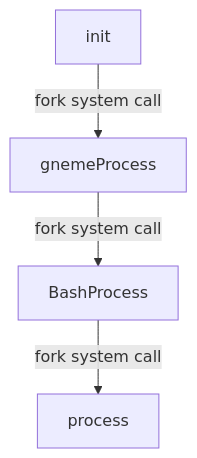
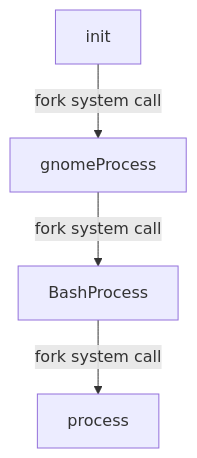
Before and after one commit to virtual-tech-school/virtual-tech-notes: the first of 4 diagrams in linux-masterclass/05-processes/README.md, drawn with Mermaid. The commit also changed other lines of this file and 7 other files, not shown here.

````diff
--- a/linux-masterclass/05-processes/README.md
+++ b/linux-masterclass/05-processes/README.md
@@ -19,6 +19,6 @@
 ```mermaid
 graph TD;
-    init-->|fork system call|gnemeProcess
-    gnemeProcess-->|fork system call|BashProcess;
+    init-->|fork system call|gnomeProcess
+    gnomeProcess-->|fork system call|BashProcess;
     BashProcess-->|fork system call| process;
 ```
````
